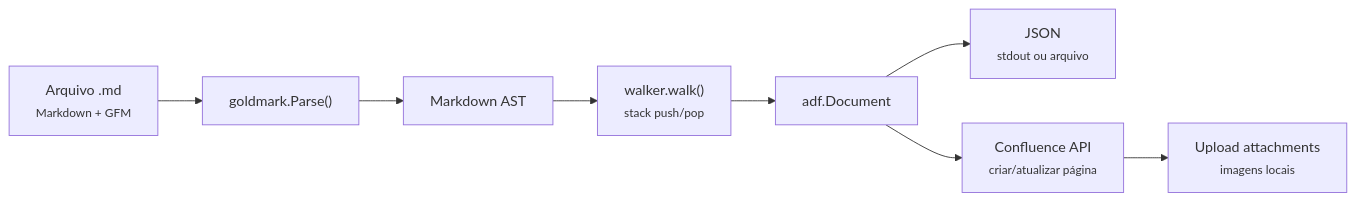
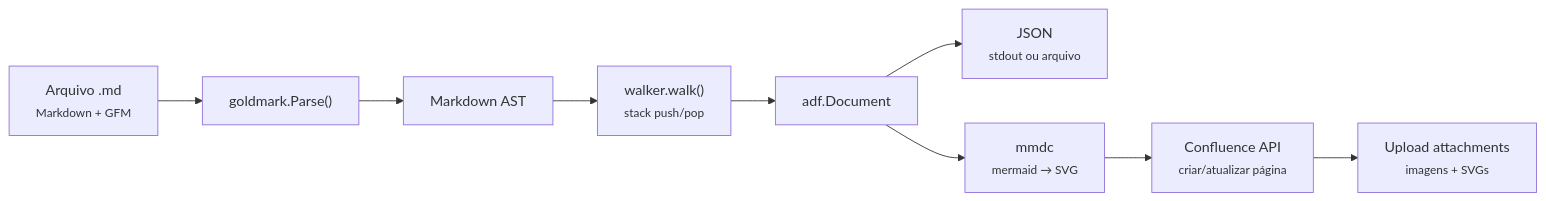
One commit to fmnapoli/md2confl changed the second of 4 diagrams in README.md. Above: the diagram before and after it, drawn with Mermaid. The commit also changed other lines of this file, not shown here.

First line of the commit message:
docs: update README with mmdc prerequisite and mermaid in flow diagrams

````diff
--- a/README.md
+++ b/README.md
@@ -49,16 +52,17 @@
 ```mermaid
 graph LR
     MD["Arquivo .md<br/><small>Markdown + GFM</small>"]
     Parse["goldmark.Parse()"]
     AST["Markdown AST"]
     Walker["walker.walk()<br/><small>stack push/pop</small>"]
     Doc["adf.Document"]
     JSON["JSON<br/><small>stdout ou arquivo</small>"]
+    Mermaid["mmdc<br/><small>mermaid → SVG</small>"]
     API["Confluence API<br/><small>criar/atualizar página</small>"]
-    Attach["Upload attachments<br/><small>imagens locais</small>"]
+    Attach["Upload attachments<br/><small>imagens + SVGs</small>"]
 
     MD --> Parse --> AST --> Walker --> Doc
     Doc --> JSON
-    Doc --> API
+    Doc --> Mermaid --> API
     API --> Attach
 ```
````
